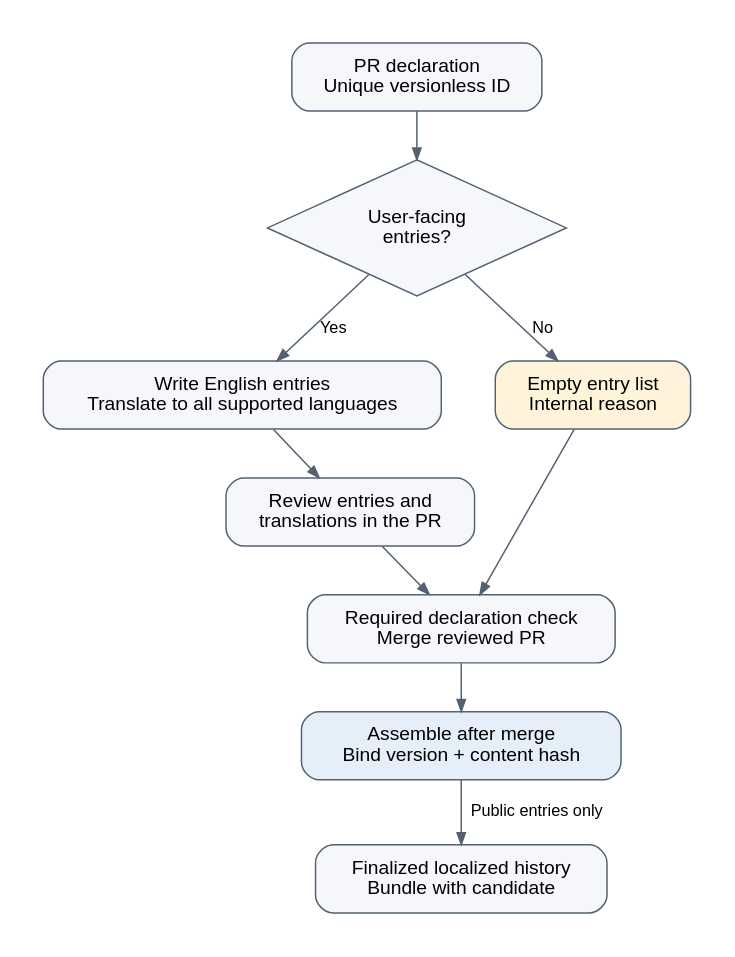
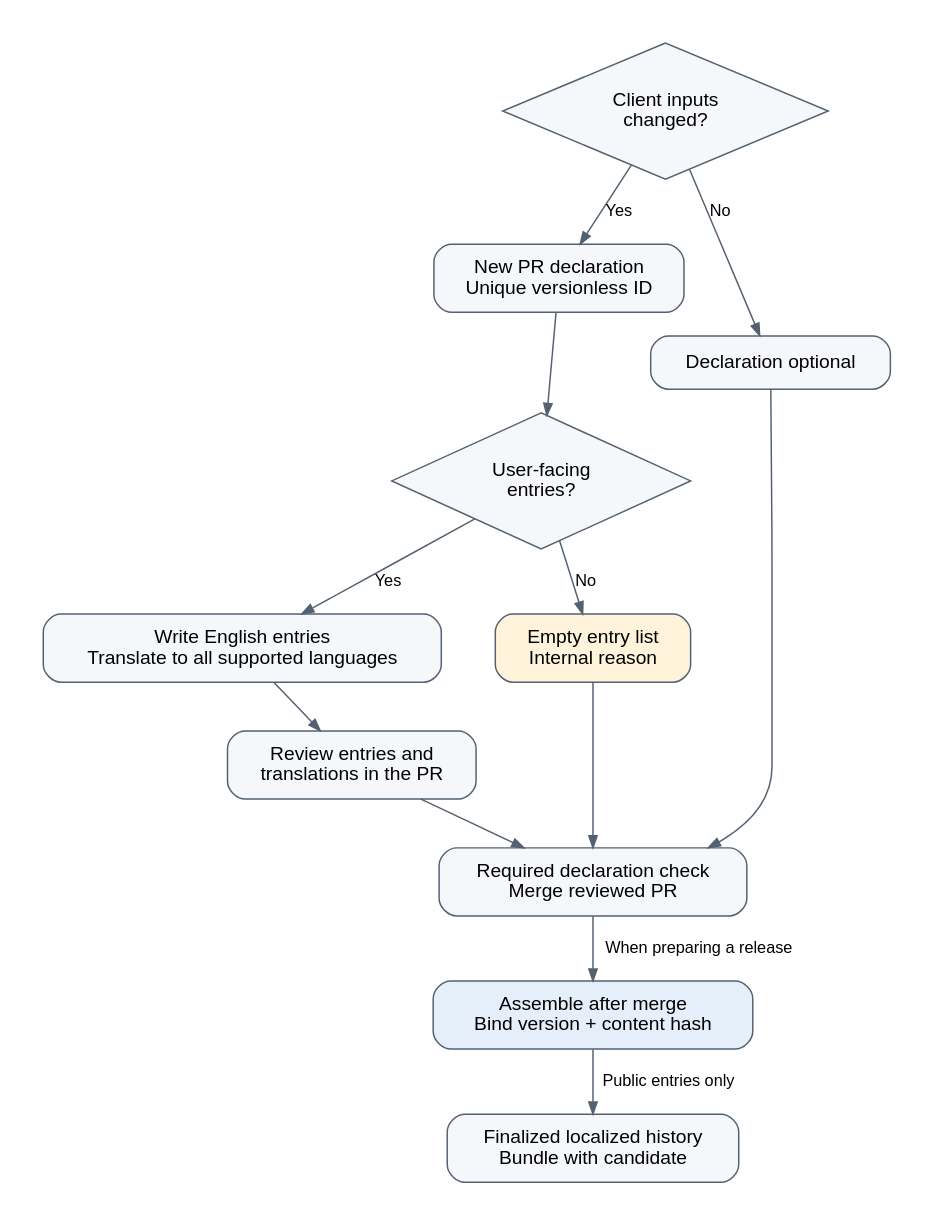
The diagram in docs/architecture/diagrams/release-changelog-fragments.dot (getsituate/situate), drawn with Graphviz before and after one commit. The commit also changed 13 other files, not shown here.

```diff
--- a/docs/architecture/diagrams/release-changelog-fragments.dot
+++ b/docs/architecture/diagrams/release-changelog-fragments.dot
@@ -1,25 +1,30 @@
 digraph ReleaseChangelogFragments {
   graph [rankdir=TB, bgcolor="white", pad=0.3, nodesep=0.5, ranksep=0.45, fontname="Helvetica", fontsize=13];
   node [shape=box, style="rounded,filled", fillcolor="#f5f7fa", color="#536171", fontname="Helvetica", fontsize=13, margin="0.18,0.12"];
   edge [color="#536171", fontname="Helvetica", fontsize=11, arrowsize=0.8];
 
-  declaration [label="PR declaration\nUnique versionless ID"];
+  client [shape=diamond, style=filled, label="Client inputs\nchanged?"];
+  declaration [label="New PR declaration\nUnique versionless ID"];
+  optional [label="Declaration optional"];
   relevant [shape=diamond, style=filled, label="User-facing\nentries?"];
   english [label="Write English entries\nTranslate to all supported languages"];
   review [label="Review entries and\ntranslations in the PR"];
   empty [label="Empty entry list\nInternal reason", fillcolor="#fff4db"];
   gate [label="Required declaration check\nMerge reviewed PR"];
   assemble [label="Assemble after merge\nBind version + content hash", fillcolor="#e5effa"];
   history [label="Finalized localized history\nBundle with candidate"];
 
   { rank=same; english; empty; }
 
+  client -> declaration [label="Yes"];
+  client -> optional [label="No"];
+  optional -> gate;
   declaration -> relevant;
   relevant -> english [label="Yes"];
   relevant -> empty [label="No"];
   english -> review;
   review -> gate;
   empty -> gate;
-  gate -> assemble;
+  gate -> assemble [label="When preparing a release"];
   assemble -> history [label="Public entries only"];
 }
```
